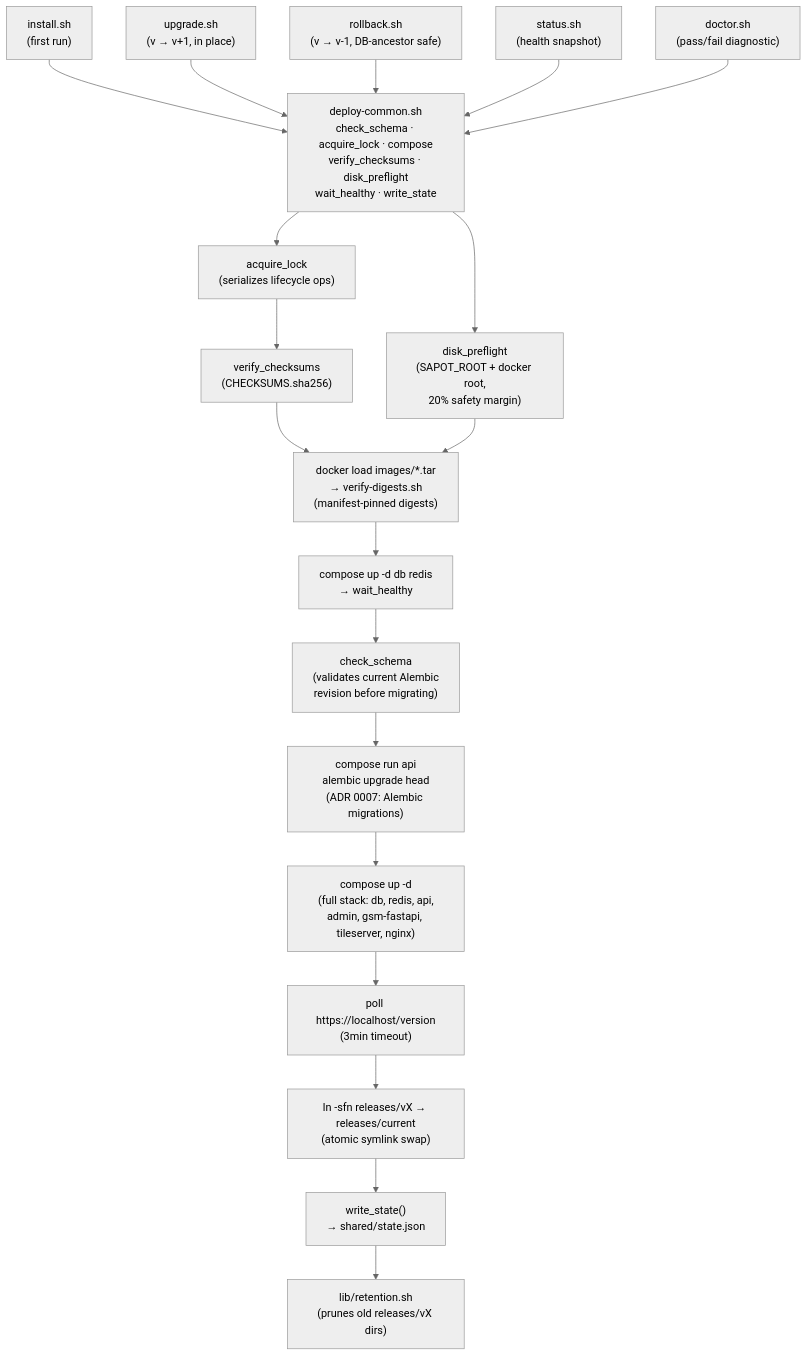
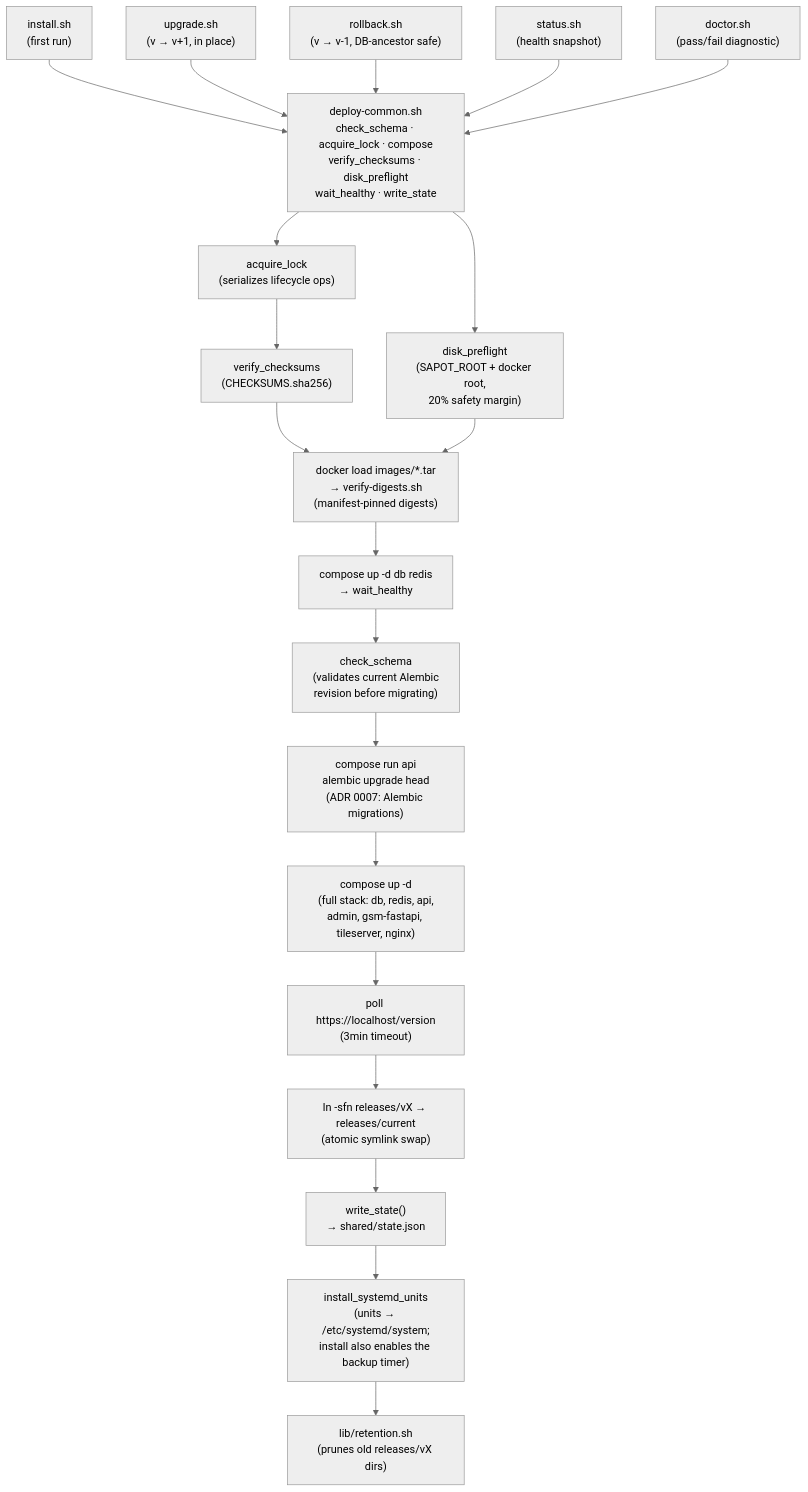
The second of 3 diagrams in docs/deployment/docker-bundle.md (SAPOT-System/YLP-software), drawn with Mermaid (neutral theme) before and after one commit. The commit also changed other lines of this file and 9 other files, not shown here.

````diff
--- a/docs/deployment/docker-bundle.md
+++ b/docs/deployment/docker-bundle.md
@@ -48,26 +49,27 @@
 ```mermaid
 flowchart TD
     Common["deploy-common.sh<br/>check_schema · acquire_lock · compose<br/>verify_checksums · disk_preflight<br/>wait_healthy · write_state"]
 
     Install["install.sh<br/>(first run)"] --> Common
     Upgrade["upgrade.sh<br/>(v → v+1, in place)"] --> Common
     Rollback["rollback.sh<br/>(v → v-1, DB-ancestor safe)"] --> Common
     Status["status.sh<br/>(health snapshot)"] --> Common
     Doctor["doctor.sh<br/>(pass/fail diagnostic)"] --> Common
 
     Common --> Lock["acquire_lock<br/>(serializes lifecycle ops)"]
     Lock --> Checksums["verify_checksums<br/>(CHECKSUMS.sha256)"]
     Common --> Disk["disk_preflight<br/>(SAPOT_ROOT + docker root,<br/>20% safety margin)"]
 
     Checksums --> LoadImages["docker load images/*.tar<br/>→ verify-digests.sh<br/>(manifest-pinned digests)"]
     Disk --> LoadImages
 
     LoadImages --> ComposeDeps["compose up -d db redis<br/>→ wait_healthy"]
     ComposeDeps --> SchemaCheck["check_schema<br/>(validates current Alembic<br/>revision before migrating)"]
     SchemaCheck --> Migrate["compose run api<br/>alembic upgrade head<br/>(ADR 0007: Alembic migrations)"]
     Migrate --> ComposeFull["compose up -d<br/>(full stack: db, redis, api,<br/>admin, gsm-fastapi, tileserver, nginx)"]
     ComposeFull --> HealthPoll["poll https://localhost/version<br/>(3min timeout)"]
     HealthPoll --> Symlink["ln -sfn releases/vX → releases/current<br/>(atomic symlink swap)"]
     Symlink --> WriteState["write_state()<br/>→ shared/state.json"]
-    WriteState --> Retention["lib/retention.sh<br/>(prunes old releases/vX dirs)"]
+    WriteState --> Units["install_systemd_units<br/>(units → /etc/systemd/system;<br/>install also enables the backup timer)"]
+    Units --> Retention["lib/retention.sh<br/>(prunes old releases/vX dirs)"]
 ```
````
